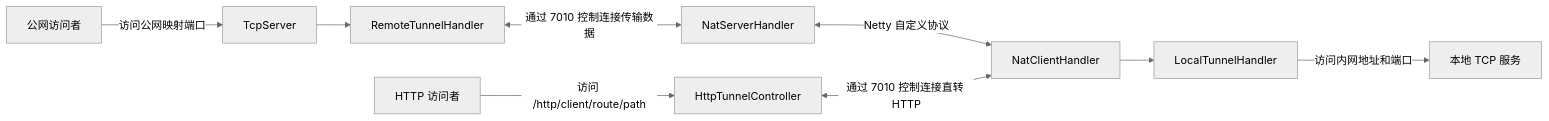
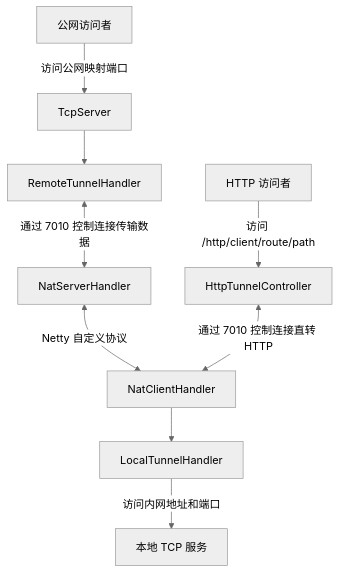
Before and after one commit to devShuai/specus: the diagram in README.md, drawn with Mermaid (neutral theme).

Commit message:
Update flowchart direction in README.md for clarity

````diff
--- a/README.md
+++ b/README.md
@@ -9,11 +9,11 @@
 ```mermaid
-flowchart LR
+flowchart TD
     U[公网访问者] -->|访问公网映射端口| P[TcpServer]
     P --> R[RemoteTunnelHandler]
     R <-->|通过 7010 控制连接传输数据| N[NatServerHandler]
     N <-->|Netty 自定义协议| C[NatClientHandler]
     C --> L[LocalTunnelHandler]
     L -->|访问内网地址和端口| S[本地 TCP 服务]
     H[HTTP 访问者] -->|访问 /http/client/route/path| W[HttpTunnelController]
     W <-->|通过 7010 控制连接直转 HTTP| C
 ```
````
